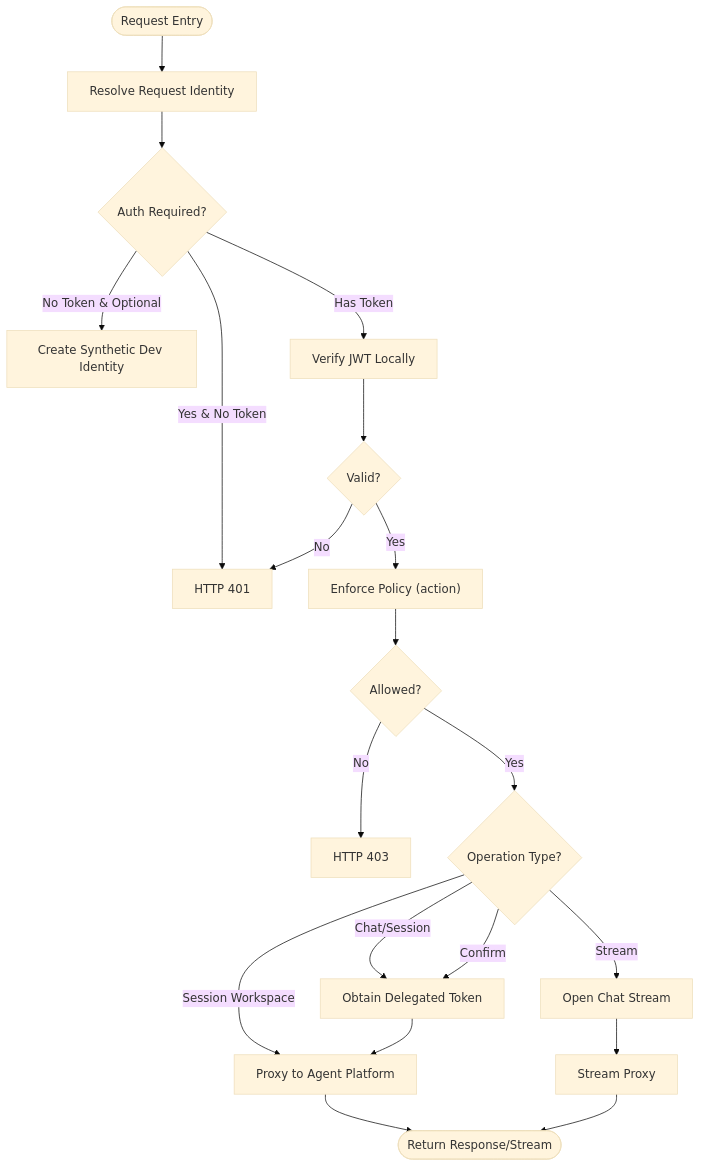
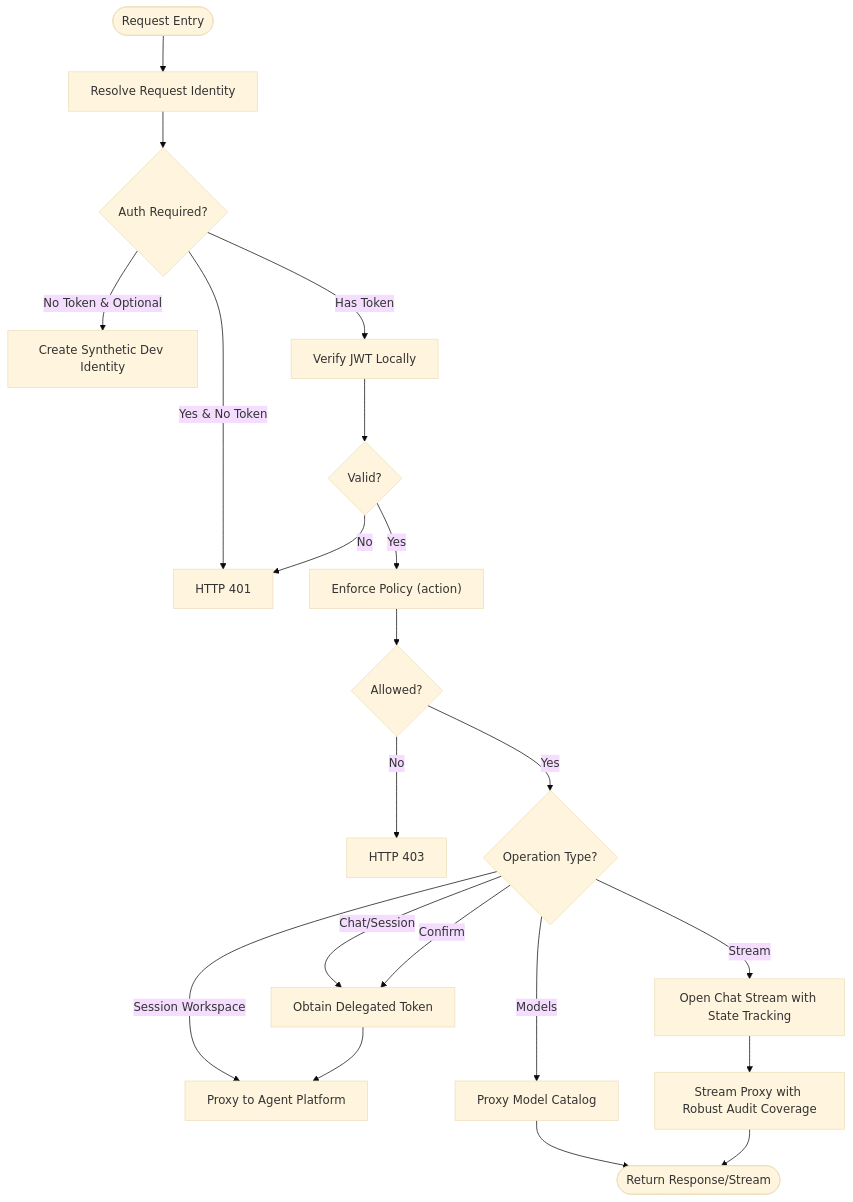
Diagram 12 of 15 in .qoder/repowiki/en/content/Architecture Documentation/Platform Gateway Service.md (metasync/luban-aiops), drawn with Mermaid (base theme) before and after one commit. The commit also changed other lines of this file and 24 other files, not shown here.

````diff
--- a/.qoder/repowiki/en/content/Architecture Documentation/Platform Gateway Service.md
+++ b/.qoder/repowiki/en/content/Architecture Documentation/Platform Gateway Service.md
@@ -810,22 +810,23 @@
 ```mermaid
 flowchart TD
 Start(["Request Entry"]) --> ResolveId["Resolve Request Identity"]
 ResolveId --> AuthCheck{"Auth Required?"}
 AuthCheck --> |Yes & No Token| Deny401["HTTP 401"]
 AuthCheck --> |No Token & Optional| Synthetic["Create Synthetic Dev Identity"]
 AuthCheck --> |Has Token| Verify["Verify JWT Locally"]
 Verify --> Valid{"Valid?"}
 Valid --> |No| Deny401
 Valid --> |Yes| PolicyEnf["Enforce Policy (action)"]
 PolicyEnf --> Allowed{"Allowed?"}
 Allowed --> |No| Deny403["HTTP 403"]
 Allowed --> |Yes| CheckType{"Operation Type?"}
 CheckType --> |Chat/Session| Delegate["Obtain Delegated Token"]
 CheckType --> |Confirm| Delegate
 CheckType --> |Session Workspace| Proxy["Proxy to Agent Platform"]
-CheckType --> |Stream| OpenStream["Open Chat Stream"]
+CheckType --> |Stream| OpenStream["Open Chat Stream with State Tracking"]
+CheckType --> |Models| ModelProxy["Proxy Model Catalog"]
 Delegate --> Proxy
-OpenStream --> StreamProxy["Stream Proxy"]
-Proxy --> Return(["Return Response/Stream"])
+OpenStream --> StreamProxy["Stream Proxy with Robust Audit Coverage"]
+ModelProxy --> Return(["Return Response/Stream"])
 StreamProxy --> Return
 ```
````
